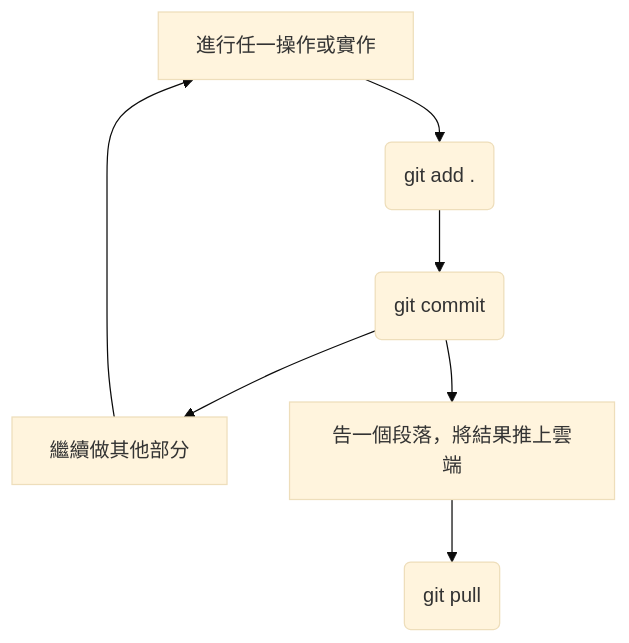
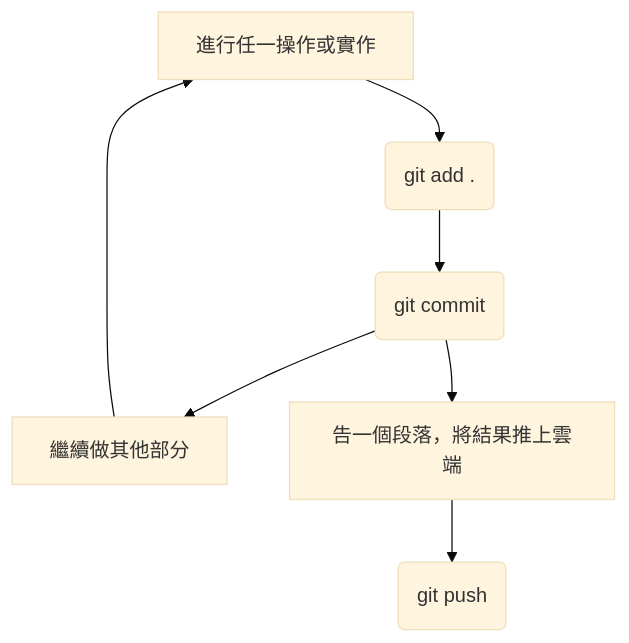
The diagram in README.md (ChengYouLin/market-info-system-springboot-mvc), drawn with Mermaid (base theme) before and after one commit. The commit also changed other lines of this file, not shown here.

````diff
--- a/README.md
+++ b/README.md
@@ -187,18 +217,18 @@
 ```mermaid
 
 graph TD
     A[進行任一操作或實作]
     B(git add .)
     C(git commit)
     F[繼續做其他部分]
     D[告一個段落，將結果推上雲端]
-    E(git pull)
+    E(git push)
 
     A --> B
     B --> C
     C --> F
     C --> D
     D --> E
     F --> A
 
 ```
````
